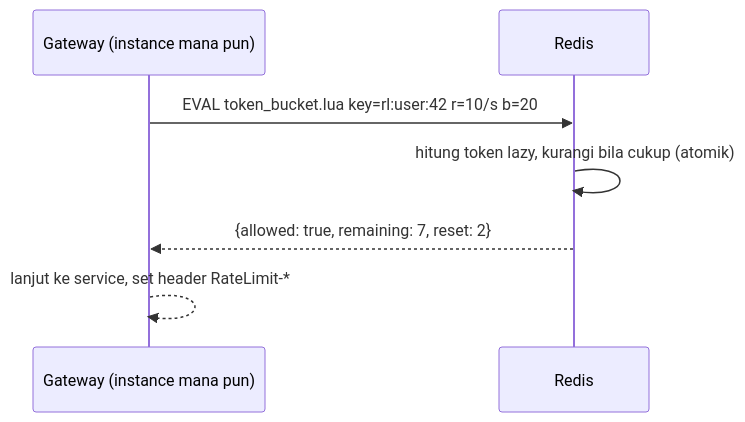
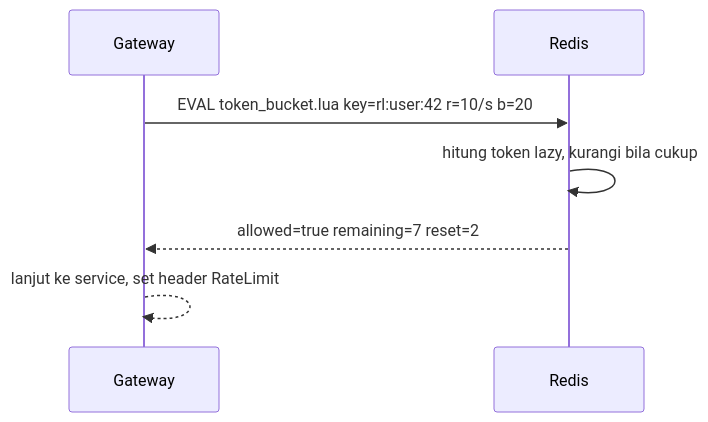
Before and after one commit to andreanpradanaa/sysdesign-lab: the second of 2 diagrams in src/content/lessons/bagian-2/rate-limiter.mdx, drawn with Mermaid. The commit also changed other lines of this file and 18 other files, not shown here.

````diff
--- a/src/content/lessons/bagian-2/rate-limiter.mdx
+++ b/src/content/lessons/bagian-2/rate-limiter.mdx
@@ -138,9 +140,9 @@
 ```mermaid
 sequenceDiagram
-  participant GW as Gateway (instance mana pun)
+  participant GW as Gateway
   participant R as Redis
   GW->>R: EVAL token_bucket.lua key=rl:user:42 r=10/s b=20
-  R->>R: hitung token lazy, kurangi bila cukup (atomik)
-  R-->>GW: {allowed: true, remaining: 7, reset: 2}
-  GW-->>GW: lanjut ke service, set header RateLimit-*
+  R->>R: hitung token lazy, kurangi bila cukup
+  R-->>GW: allowed=true remaining=7 reset=2
+  GW-->>GW: lanjut ke service, set header RateLimit
 ```
````
